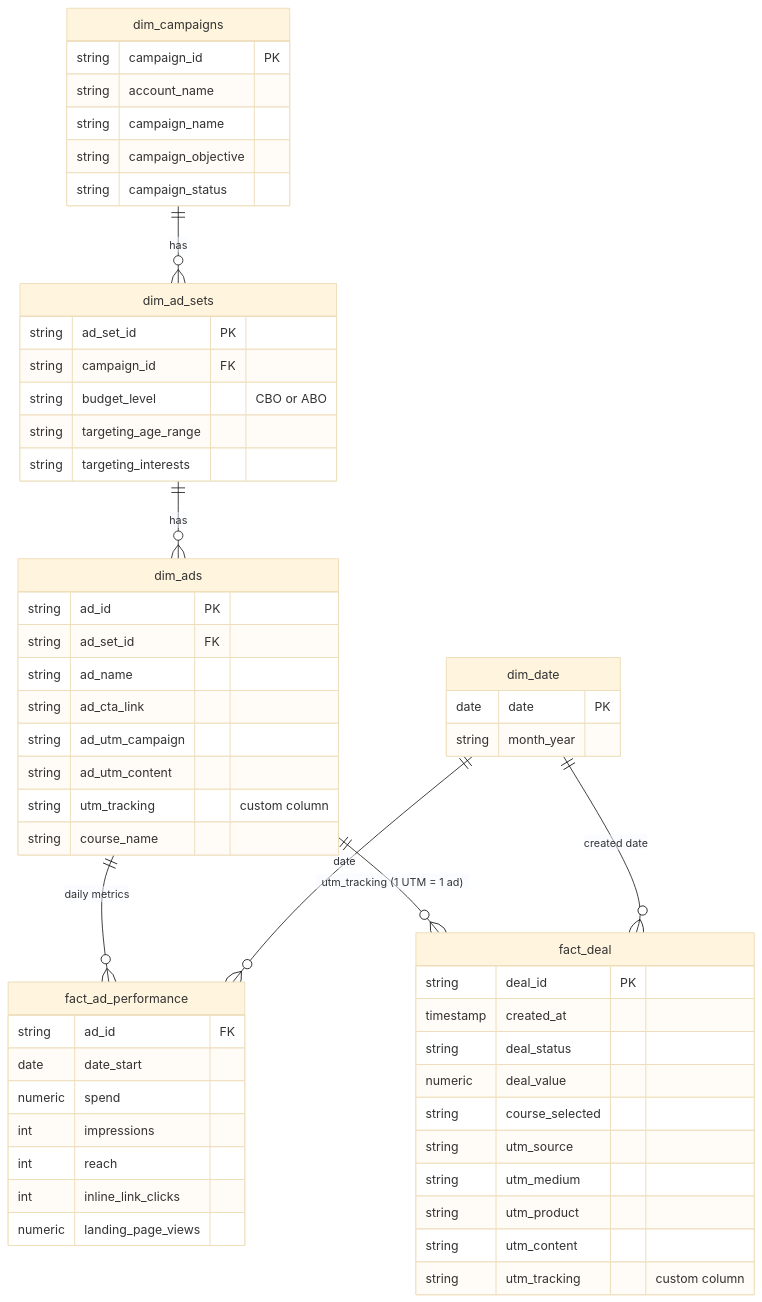
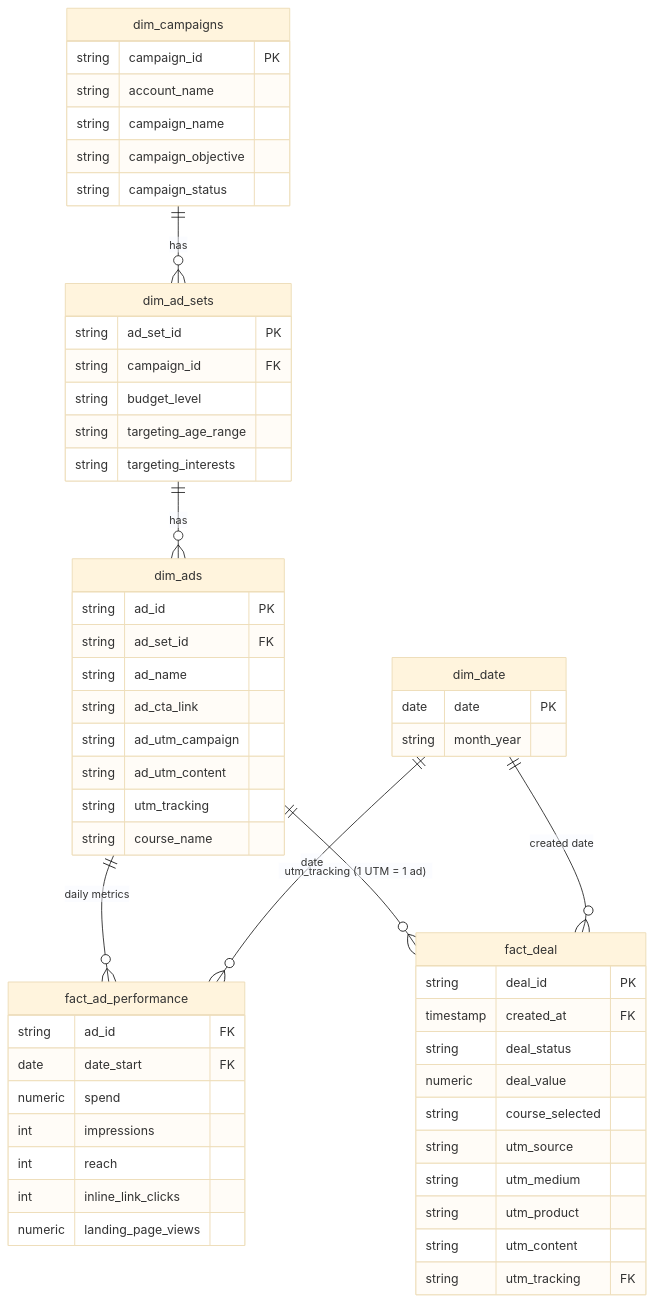
Before and after one commit to tuhoang3112/fb-ads-lead-attribution: the second of 2 diagrams in README.md, drawn with Mermaid (base theme).

Commit message:
Model diagram: keep only data type, column name and PK/FK
Claude-Session: https://claude.ai/code/session_01FE233U4YTNJntBW99dBEpw

````diff
--- a/README.md
+++ b/README.md
@@ -111,59 +111,59 @@
 ```mermaid
 erDiagram
   dim_campaigns ||--o{ dim_ad_sets : "has"
   dim_ad_sets ||--o{ dim_ads : "has"
   dim_ads ||--o{ fact_ad_performance : "daily metrics"
   dim_ads ||--o{ fact_deal : "utm_tracking (1 UTM = 1 ad)"
   dim_date ||--o{ fact_ad_performance : "date"
   dim_date ||--o{ fact_deal : "created date"
 
   dim_campaigns {
     string campaign_id PK
     string account_name
     string campaign_name
     string campaign_objective
     string campaign_status
   }
   dim_ad_sets {
     string ad_set_id PK
     string campaign_id FK
-    string budget_level "CBO or ABO"
+    string budget_level
     string targeting_age_range
     string targeting_interests
   }
   dim_ads {
     string ad_id PK
     string ad_set_id FK
     string ad_name
     string ad_cta_link
     string ad_utm_campaign
     string ad_utm_content
-    string utm_tracking "custom column"
+    string utm_tracking
     string course_name
   }
   fact_ad_performance {
     string ad_id FK
-    date date_start
+    date date_start FK
     numeric spend
     int impressions
     int reach
     int inline_link_clicks
     numeric landing_page_views
   }
   fact_deal {
     string deal_id PK
-    timestamp created_at
+    timestamp created_at FK
     string deal_status
     numeric deal_value
     string course_selected
     string utm_source
     string utm_medium
     string utm_product
     string utm_content
-    string utm_tracking "custom column"
+    string utm_tracking FK
   }
   dim_date {
     date date PK
     string month_year
   }
 ```
````
